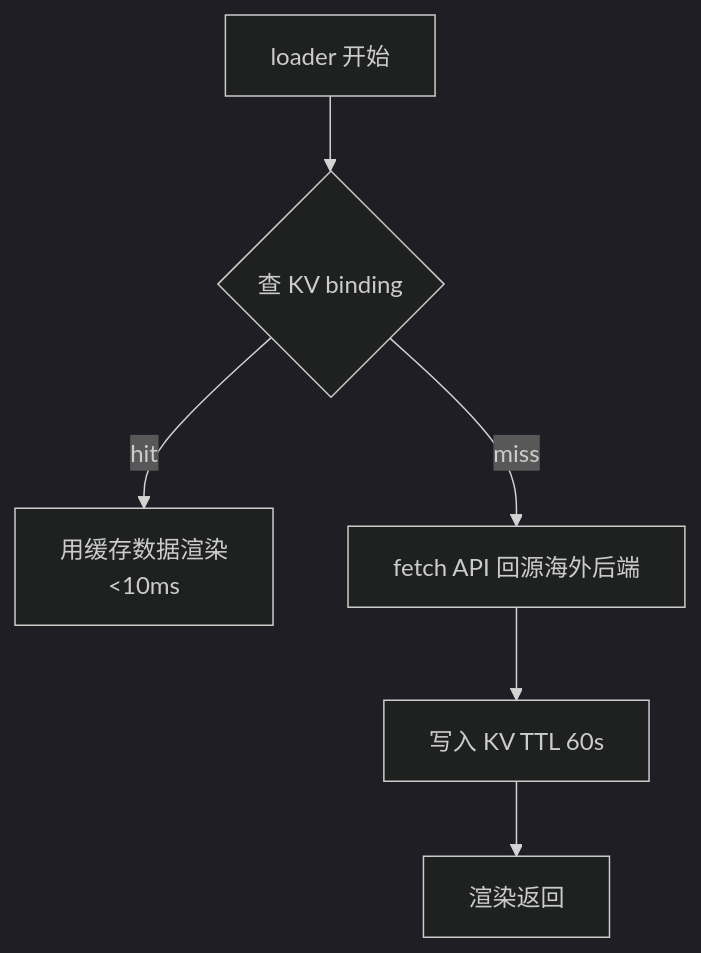
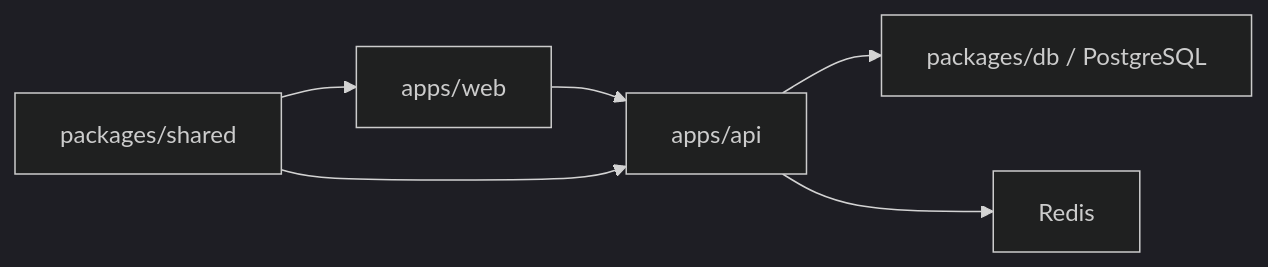
One commit to cnodejs/cnode-next changed the diagram in openspec/changes/archive/2026-07-26-rewrite-to-cnode-next/design.md. Above: the diagram before and after it, drawn with Mermaid (dark theme). The commit also changed other lines of this file and 87 other files, not shown here.

````diff
--- a/openspec/changes/archive/2026-07-26-rewrite-to-cnode-next/design.md
+++ b/openspec/changes/archive/2026-07-26-rewrite-to-cnode-next/design.md
@@ -313,8 +7,8 @@
 ```mermaid
-flowchart TD
-  A[loader 开始] --> B{查 KV binding}
-  B -->|hit| C[用缓存数据渲染<br/><10ms]
-  B -->|miss| D[fetch API 回源海外后端]
-  D --> E[写入 KV TTL 60s]
-  E --> F[渲染返回]
+flowchart LR
+  Web[apps/web] --> API[apps/api]
+  API --> DB[packages/db / PostgreSQL]
+  API --> Cache[Redis]
+  Shared[packages/shared] --> Web
+  Shared --> API
 ```
````
